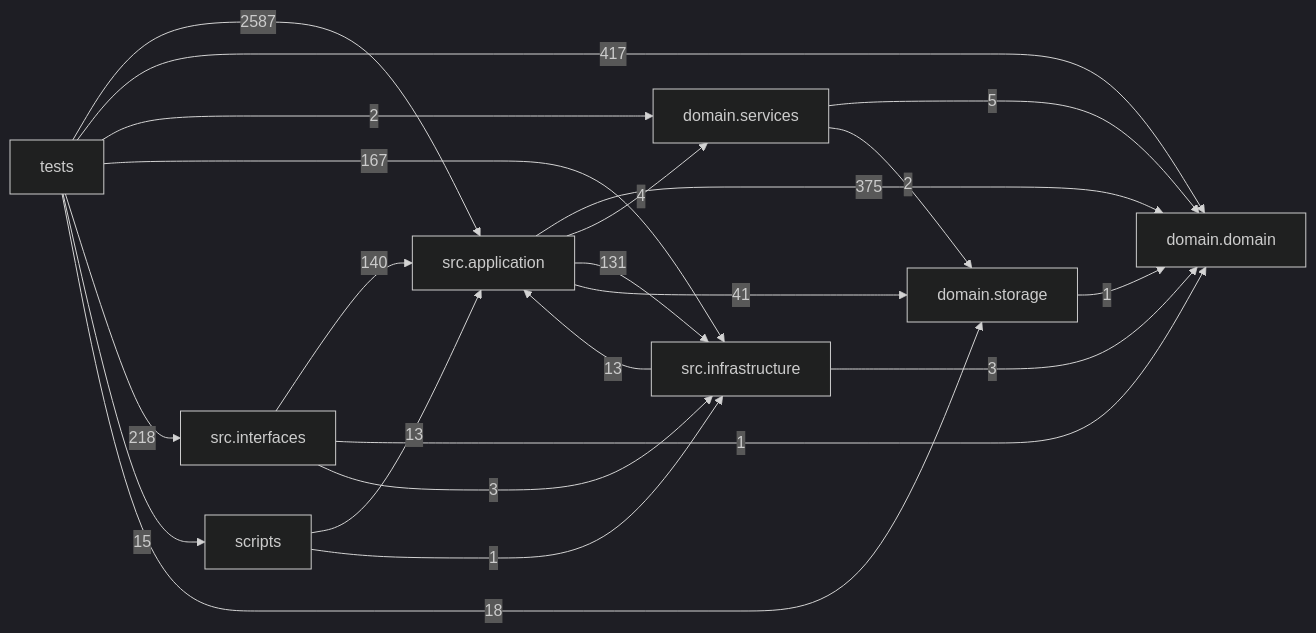
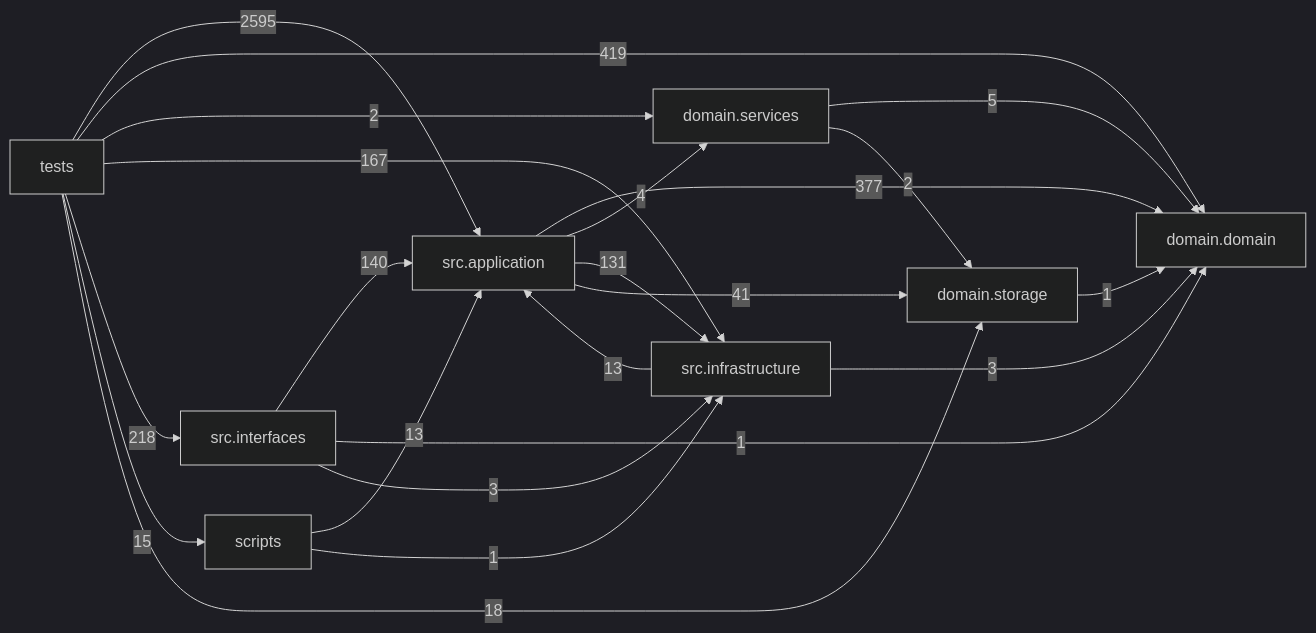
One commit to liuxie066/options-monitor changed the diagram in docs/DEPENDENCY_GRAPH.md. Above: the diagram before and after it, drawn with Mermaid (dark theme). The commit also changed other lines of this file and 19 other files, not shown here.

````diff
--- a/docs/DEPENDENCY_GRAPH.md
+++ b/docs/DEPENDENCY_GRAPH.md
@@ -24,32 +24,32 @@
 ```mermaid
 flowchart LR
   tests["tests"]
   scripts["scripts"]
   interfaces["src.interfaces"]
   application["src.application"]
   infrastructure["src.infrastructure"]
   domain_services["domain.services"]
   domain["domain.domain"]
   storage["domain.storage"]
-  application -->|375| domain
+  application -->|377| domain
   application -->|4| domain_services
   application -->|131| infrastructure
   application -->|41| storage
   domain_services -->|5| domain
   domain_services -->|2| storage
   infrastructure -->|13| application
   infrastructure -->|3| domain
   interfaces -->|140| application
   interfaces -->|1| domain
   interfaces -->|3| infrastructure
   scripts -->|13| application
   scripts -->|1| infrastructure
   storage -->|1| domain
-  tests -->|2587| application
-  tests -->|417| domain
+  tests -->|2595| application
+  tests -->|419| domain
   tests -->|2| domain_services
   tests -->|167| infrastructure
   tests -->|218| interfaces
   tests -->|15| scripts
   tests -->|18| storage
 ```
````
